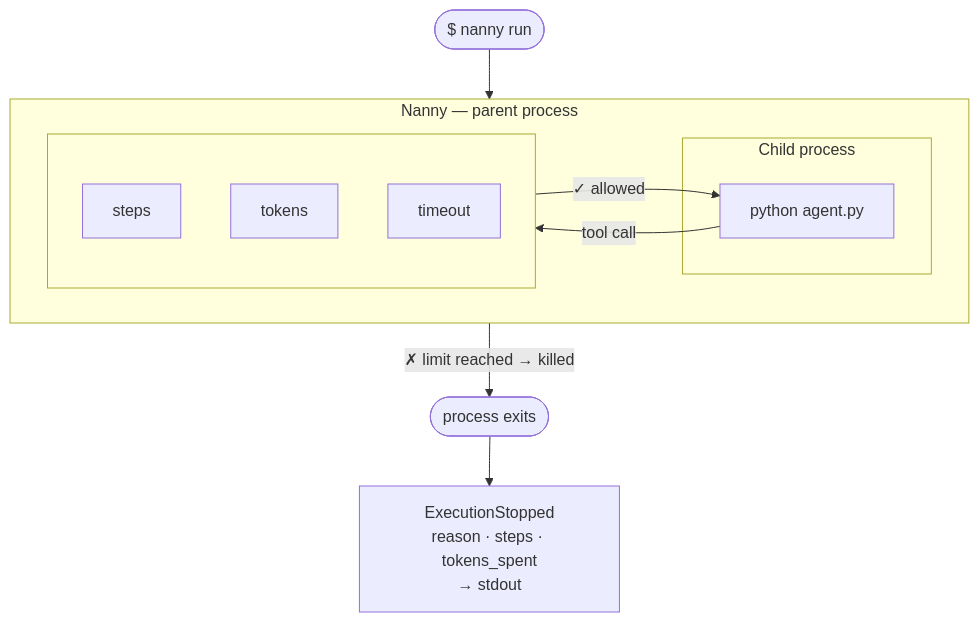
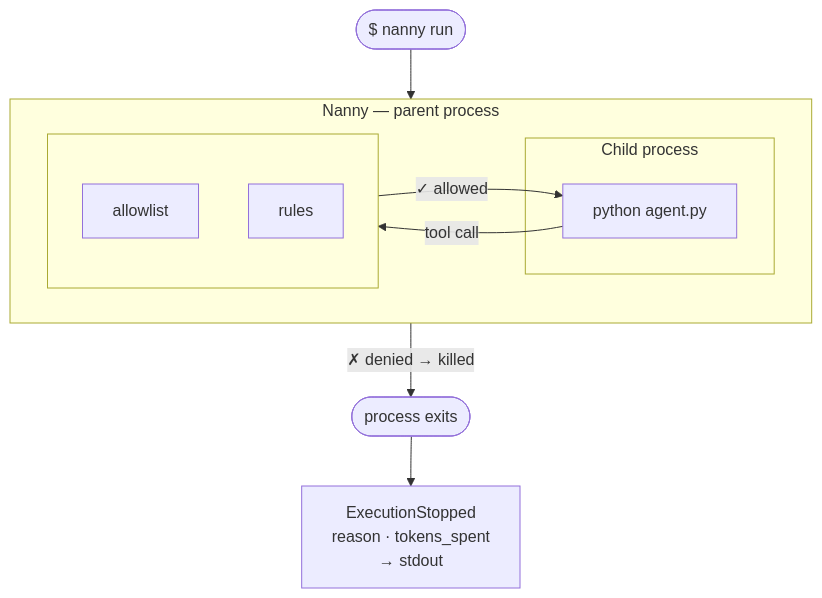
Before and after one commit to nanny-run/nanny: the first of 2 diagrams in docs/v0.6/concepts/how-it-works.mdx, drawn with Mermaid. The commit also changed other lines of this file and 11 other files, not shown here.

````diff
--- a/docs/v0.6/concepts/how-it-works.mdx
+++ b/docs/v0.6/concepts/how-it-works.mdx
@@ -11,27 +11,26 @@
 ```mermaid
 flowchart TD
     CMD(["$ nanny run"])
 
     CMD --> NANNY
 
     subgraph NANNY["Nanny — parent process"]
         direction LR
 
         subgraph CHILD["Child process"]
             AGENT["python agent.py"]
         end
 
         subgraph ENFORCE[" "]
             direction TB
-            STEPS["steps"]
-            TOKENS["tokens"]
-            TIMER["timeout"]
+            ALLOW["allowlist"]
+            RULES["rules"]
         end
 
         AGENT -- "tool call" --> ENFORCE
         ENFORCE -- "✓  allowed" --> AGENT
     end
 
-    ENFORCE -- "✗  limit reached → killed" --> DEAD(["process exits"])
-    DEAD --> LOG["ExecutionStopped\nreason · steps · tokens_spent\n→ stdout"]
+    ENFORCE -- "✗  denied → killed" --> DEAD(["process exits"])
+    DEAD --> LOG["ExecutionStopped\nreason · tokens_spent\n→ stdout"]
 ```
````
